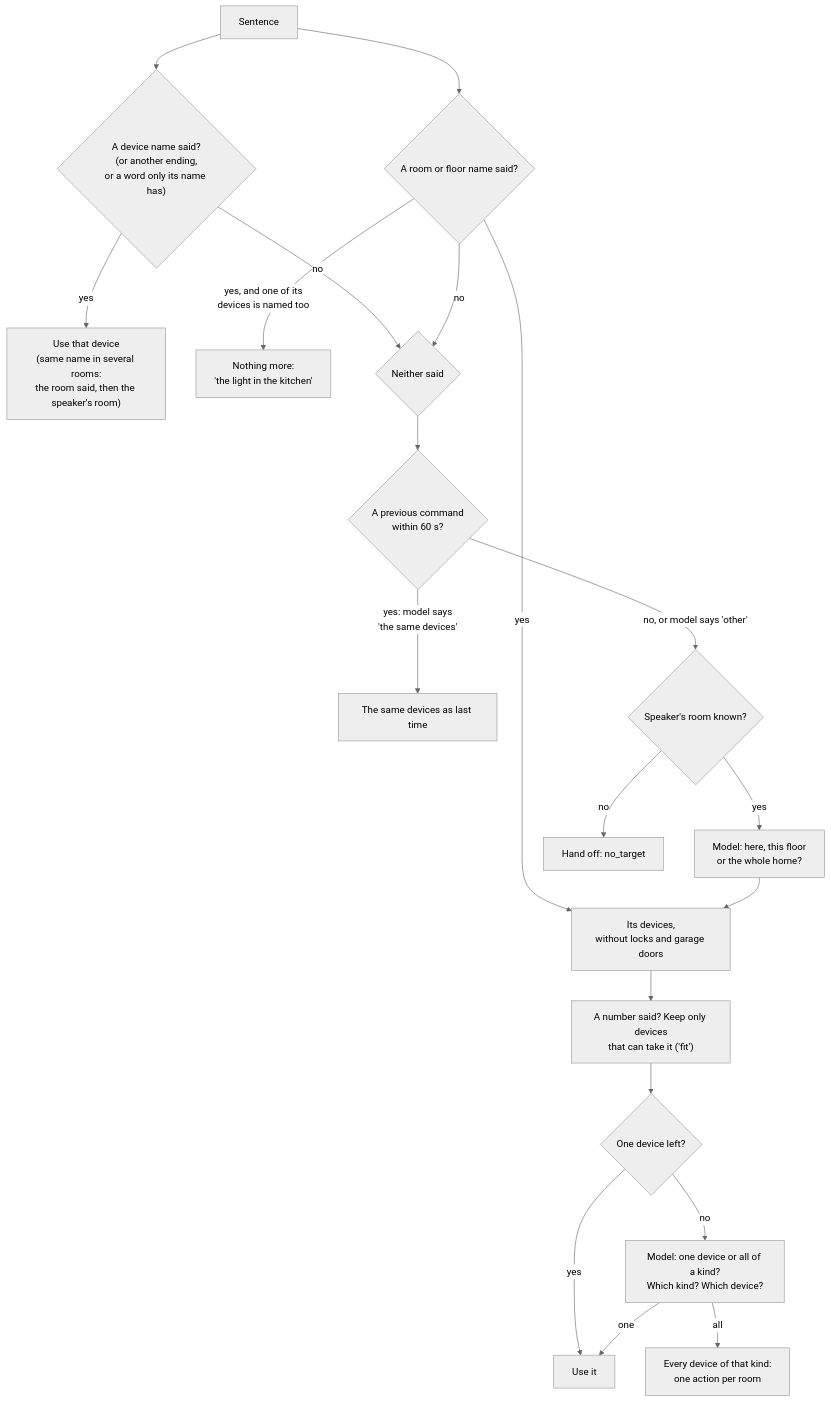
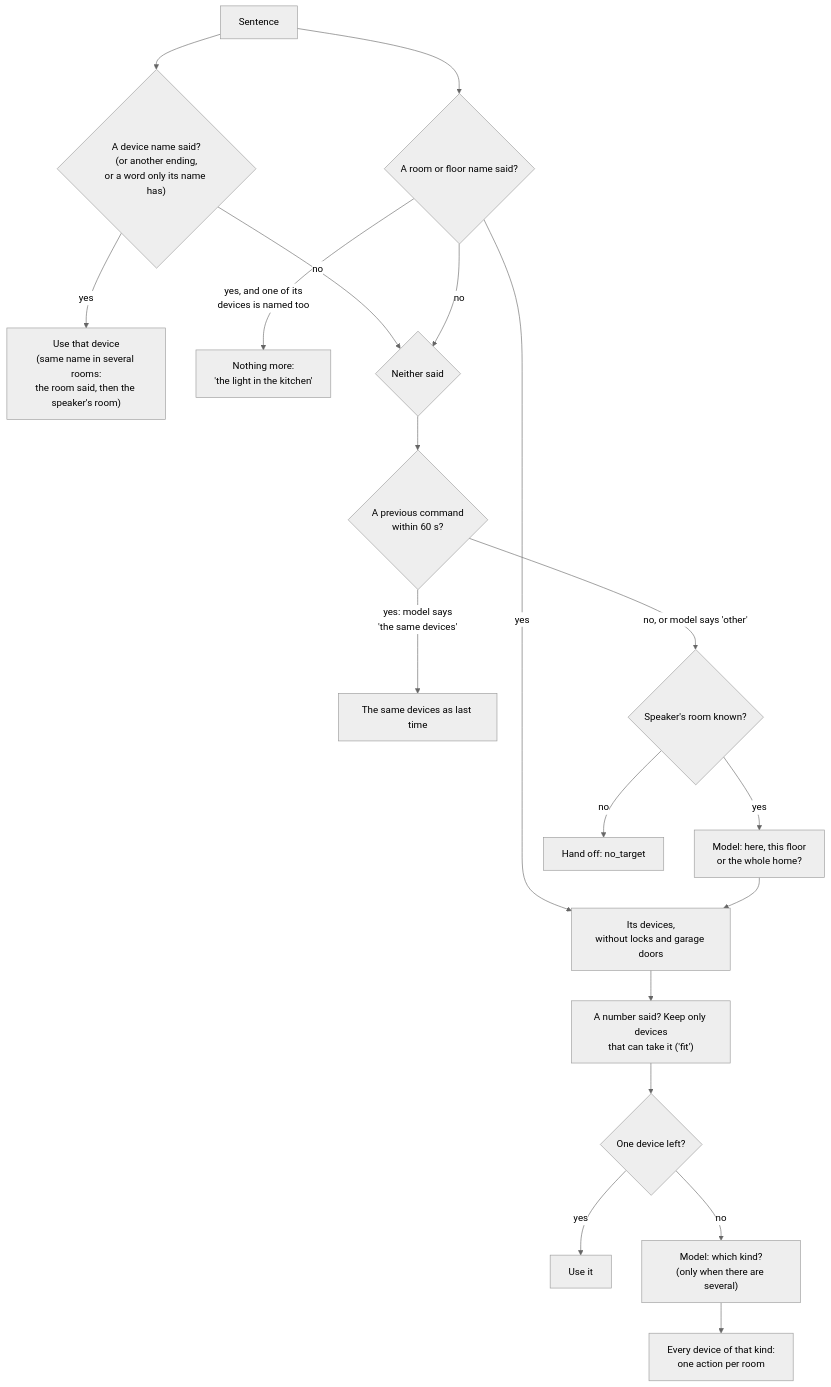
One commit to d00kIe/assist-decider changed the third of 5 diagrams in HOW-IT-WORKS.md. Above: the diagram before and after it, drawn with Mermaid (neutral theme). The commit also changed other lines of this file and 18 other files, not shown here.

````diff
--- a/HOW-IT-WORKS.md
+++ b/HOW-IT-WORKS.md
@@ -272,22 +282,21 @@
 ```mermaid
 flowchart TD
     S["Sentence"] --> A{"A device name said?<br/>(or another ending,<br/>or a word only its name has)"}
     A -- "yes" --> DEV["Use that device<br/>(same name in several rooms:<br/>the room said, then the speaker's room)"]
     S --> R{"A room or floor name said?"}
     R -- "yes, and one of its<br/>devices is named too" --> SKIP["Nothing more:<br/>'the light in the kitchen'"]
     R -- "yes" --> PLACE["Its devices,<br/>without locks and garage doors"]
     A -- "no" --> N{"Neither said"}
     R -- "no" --> N
     N --> P{"A previous command<br/>within 60 s?"}
     P -- "yes: model says<br/>'the same devices'" --> PREV["The same devices as last time"]
     P -- "no, or model says 'other'" --> SAT{"Speaker's room known?"}
     SAT -- yes --> WHERE["Model: here, this floor<br/>or the whole home?"]
     WHERE --> PLACE
     SAT -- no --> ERR["Hand off: no_target"]
     PLACE --> FIT["A number said? Keep only devices<br/>that can take it ('fit')"]
     FIT --> ONE{"One device left?"}
     ONE -- yes --> USE["Use it"]
-    ONE -- no --> ASK["Model: one device or all of a kind?<br/>Which kind? Which device?"]
-    ASK -- "all" --> ALL["Every device of that kind:<br/>one action per room"]
-    ASK -- "one" --> USE
+    ONE -- no --> ASK["Model: which kind?<br/>(only when there are several)"]
+    ASK --> ALL["Every device of that kind:<br/>one action per room"]
 ```
````
